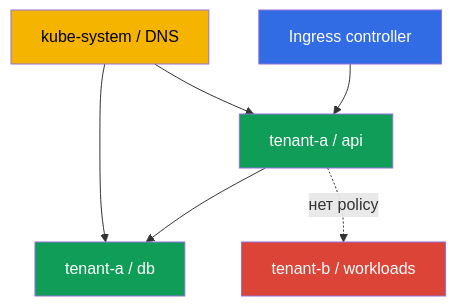
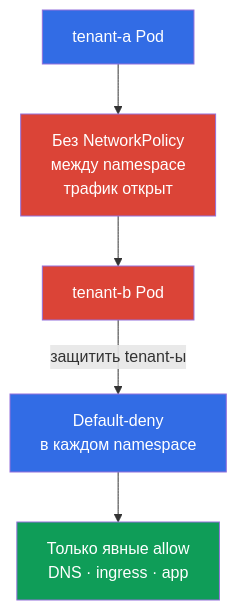
The second of 2 diagrams in tasks/cks/course/04/ru.md (ViktorUJ/cks), drawn with Mermaid before and after one commit. The commit also changed other lines of this file and 6 other files, not shown here.

````diff
--- a/tasks/cks/course/04/ru.md
+++ b/tasks/cks/course/04/ru.md
@@ -187,13 +191,17 @@
 ```mermaid
 flowchart TB
-    internet["Ingress controller"] --> api["tenant-a / api"]
-    api --> db["tenant-a / db"]
-    api -. "нет policy" .-> tenantb["tenant-b / workloads"]
-    dns["kube-system / DNS"] --> api
-    dns --> db
-    style internet fill:#326ce5,color:#fff
-    style api fill:#0f9d58,color:#fff
-    style db fill:#0f9d58,color:#fff
+    tenanta["tenant-a Pod"]
+    flat["Без NetworkPolicy<br/>между namespace<br/>трафик открыт"]
+    tenantb["tenant-b Pod"]
+    baseline["Default-deny<br/>в каждом namespace"]
+    allowed["Только явные allow<br/>DNS · ingress · app"]
+
+    tenanta --> flat --> tenantb
+    tenantb -->|"защитить tenant-ы"| baseline --> allowed
+
+    style tenanta fill:#326ce5,color:#fff
+    style flat fill:#db4437,color:#fff
     style tenantb fill:#db4437,color:#fff
-    style dns fill:#f4b400,color:#000
+    style baseline fill:#326ce5,color:#fff
+    style allowed fill:#0f9d58,color:#fff
 ```
````
